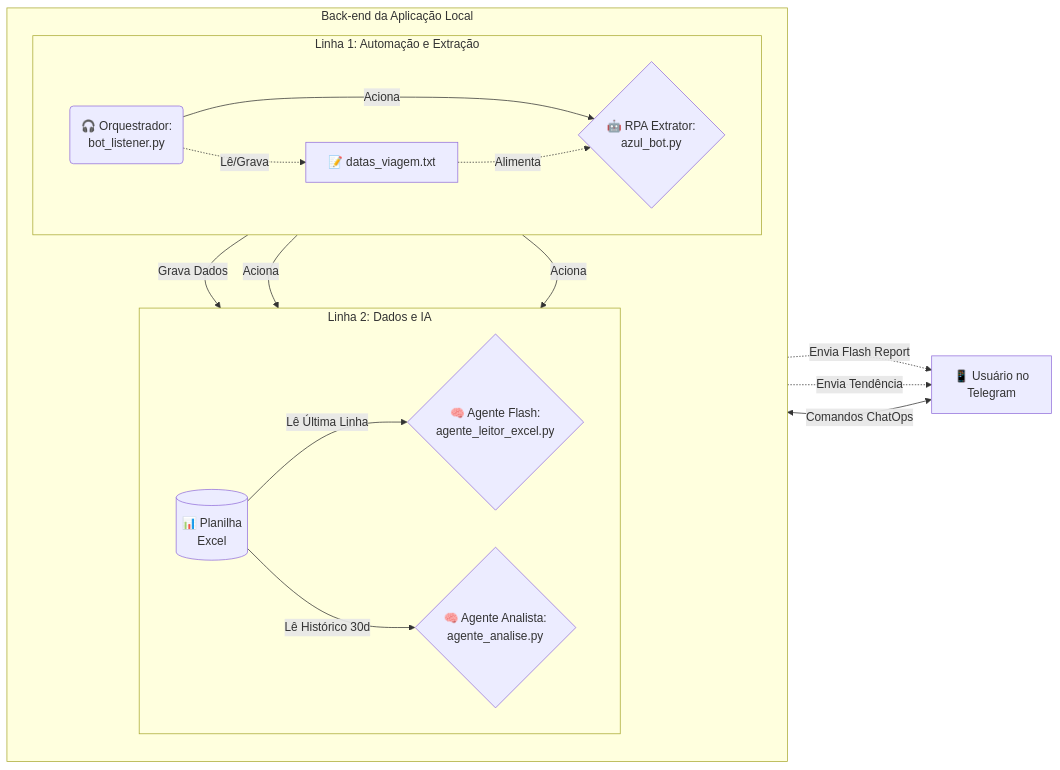
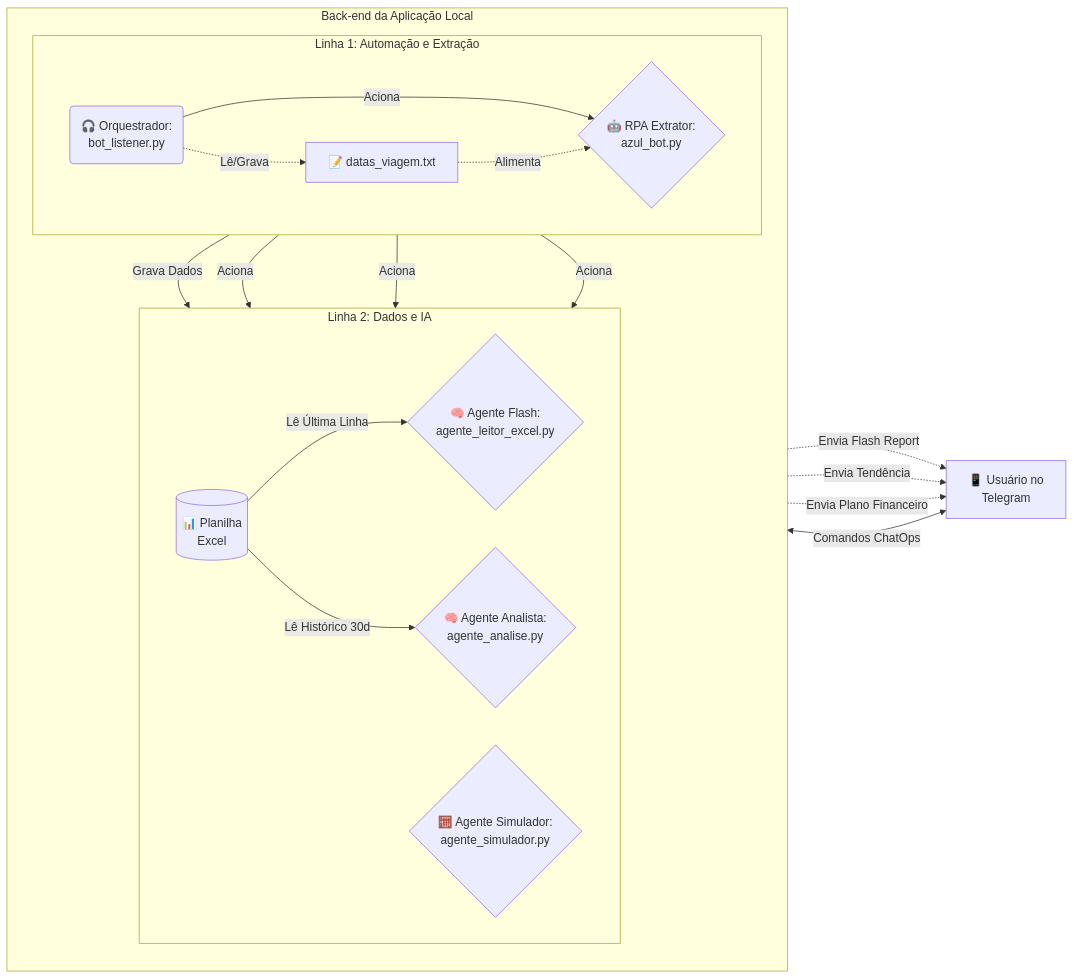
The diagram in README.md (junior-honorato/flight-fares-rpa-bot), drawn with Mermaid before and after one commit. The commit also changed other lines of this file, not shown here.

````diff
--- a/README.md
+++ b/README.md
@@ -9,32 +9,35 @@
 ```mermaid
 flowchart LR
     A[📱 Usuário no<br>Telegram]
 
     subgraph Backend [Back-end da Aplicação Local]
         direction TB
         
         subgraph L1 [Linha 1: Automação e Extração]
             direction LR
             B(🎧 Orquestrador:<br>bot_listener.py) -.->|Lê/Grava| F[📝 datas_viagem.txt]
             B -->|Aciona| C{🤖 RPA Extrator:<br>azul_bot.py}
             F -.->|Alimenta| C
         end
         
         subgraph L2 [Linha 2: Dados e IA]
             direction LR
             D[(📊 Planilha<br>Excel)] -->|Lê Última Linha| E{🧠 Agente Flash:<br>agente_leitor_excel.py}
             D -->|Lê Histórico 30d| G{🧠 Agente Analista:<br>agente_analise.py}
+            H{🧮 Agente Simulador:<br>agente_simulador.py}
         end
         
         %% A MÁGICA ACONTECE AQUI: Elo invisível para forçar a L2 abaixo da L1
         L1 ~~~ L2
         
         C -->|Grava Dados| D
         B -->|Aciona| E
         B -->|Aciona| G
+        B -->|Aciona| H
     end
 
     A <-->|Comandos ChatOps| B
     E -.->|Envia Flash Report| A
     G -.->|Envia Tendência| A
+    H -.->|Envia Plano Financeiro| A
 ```
````
